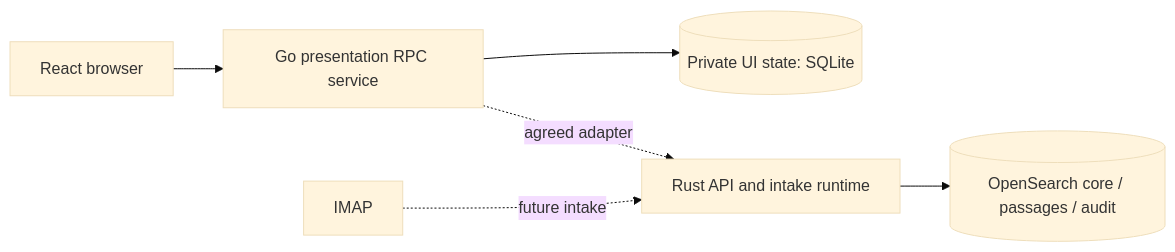
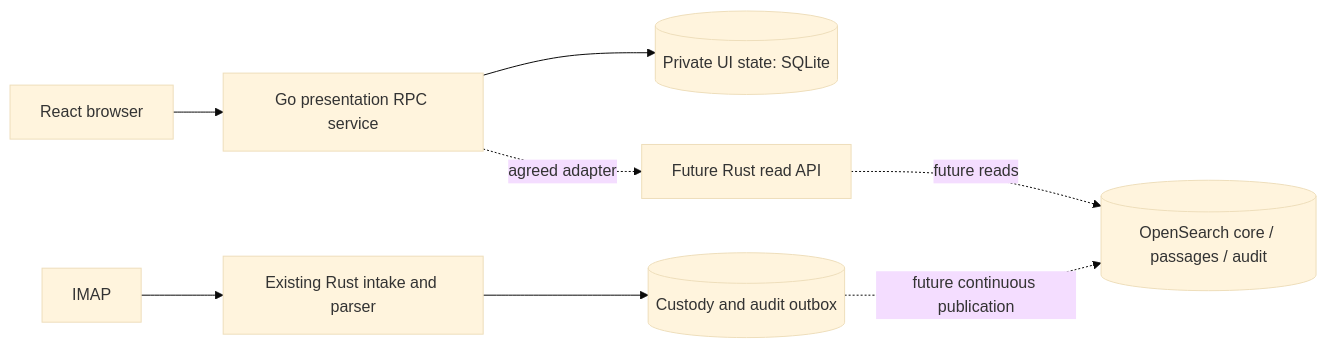
One commit to fleethacker/OTIS changed the diagram in docs/integration/ark-export.md. Above: the diagram before and after it, drawn with Mermaid (base theme). The commit also changed other lines of this file and 10 other files, not shown here.

Commit message:
Integrate rebased Watch Desk with the Rust intake Compose workflow

````diff
--- a/docs/integration/ark-export.md
+++ b/docs/integration/ark-export.md
@@ -135,8 +143,10 @@
 ```mermaid
 flowchart LR
     Browser[React browser] --> Go[Go presentation RPC service]
     Go --> Private[(Private UI state: SQLite)]
-    Go -. agreed adapter .-> Rust[Rust API and intake runtime]
-    Rust --> Search[(OpenSearch core / passages / audit)]
-    Mail[IMAP] -. future intake .-> Rust
+    Go -. agreed adapter .-> API[Future Rust read API]
+    API -. future reads .-> Search[(OpenSearch core / passages / audit)]
+    Mail[IMAP] --> Rust[Existing Rust intake and parser]
+    Rust --> Custody[(Custody and audit outbox)]
+    Custody -. future continuous publication .-> Search
 ```
````
